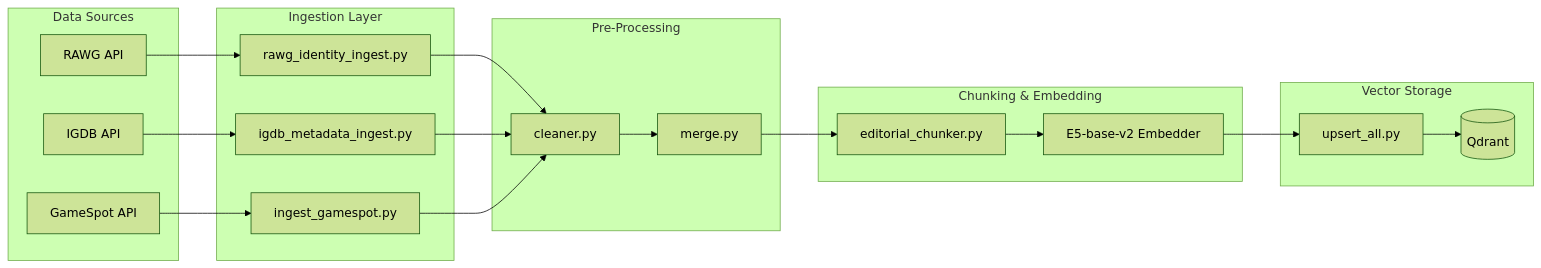
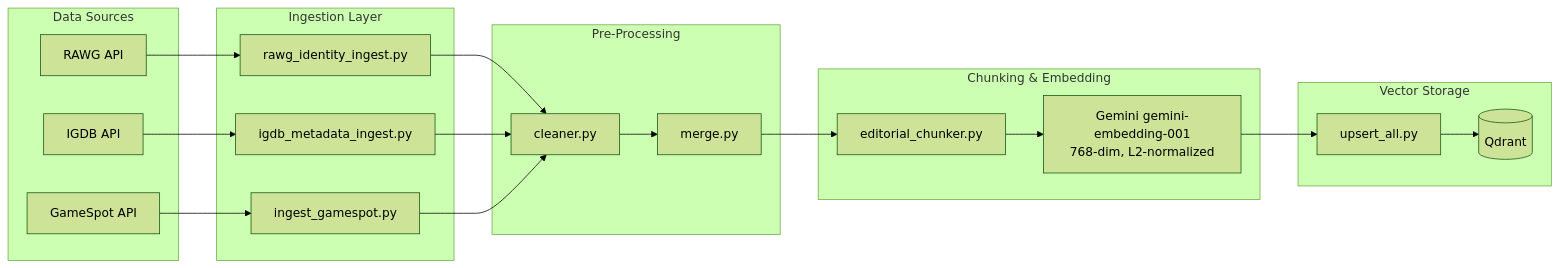
One commit to SukeshShetty1010/RAGent changed the second of 2 diagrams in README.md. Above: the diagram before and after it, drawn with Mermaid (forest theme). The commit also changed other lines of this file and 4 other files, not shown here.

````diff
--- a/README.md
+++ b/README.md
@@ -86,34 +86,34 @@
 ```mermaid
 flowchart LR
     subgraph Sources["Data Sources"]
         RAWG[RAWG API]
         IGDB[IGDB API]
         GS[GameSpot API]
     end
     
     subgraph Ingest["Ingestion Layer"]
         RI[rawg_identity_ingest.py]
         II[igdb_metadata_ingest.py]
         GI[ingest_gamespot.py]
     end
     
     subgraph PreProcess["Pre-Processing"]
         CL[cleaner.py]
         MG[merge.py]
     end
     
     subgraph Chunking["Chunking & Embedding"]
         CH[editorial_chunker.py]
-        EM[E5-base-v2 Embedder]
+        EM[Gemini gemini-embedding-001<br/>768-dim, L2-normalized]
     end
     
     subgraph Vector["Vector Storage"]
         UP[upsert_all.py]
         WV[(Qdrant)]
     end
     
     RAWG --> RI --> CL
     IGDB --> II --> CL
     GS --> GI --> CL
     CL --> MG --> CH --> EM --> UP --> WV
 ```
````
